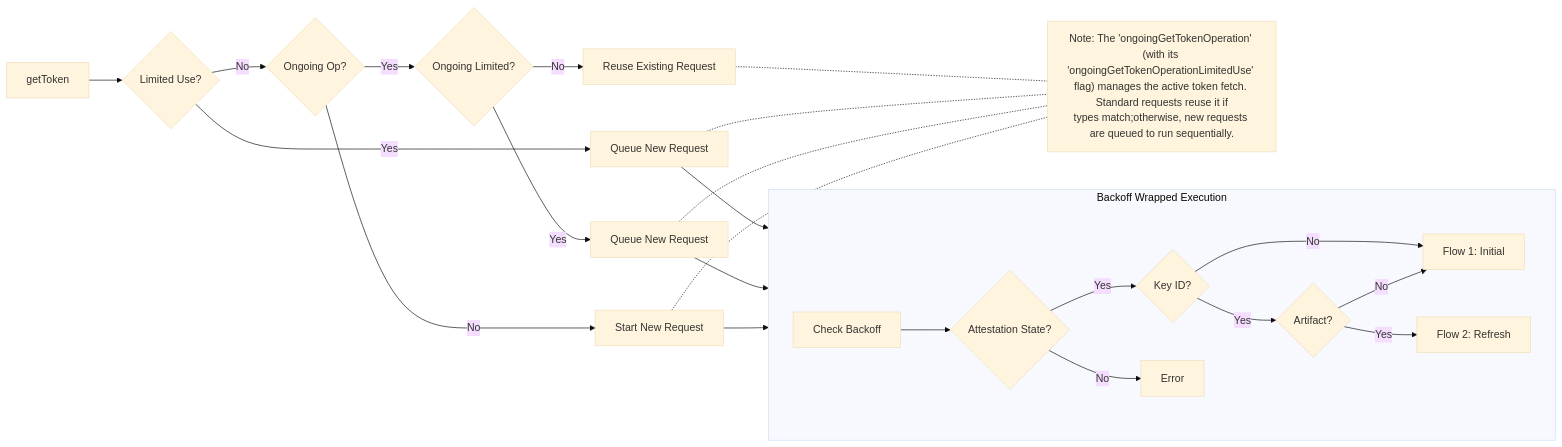
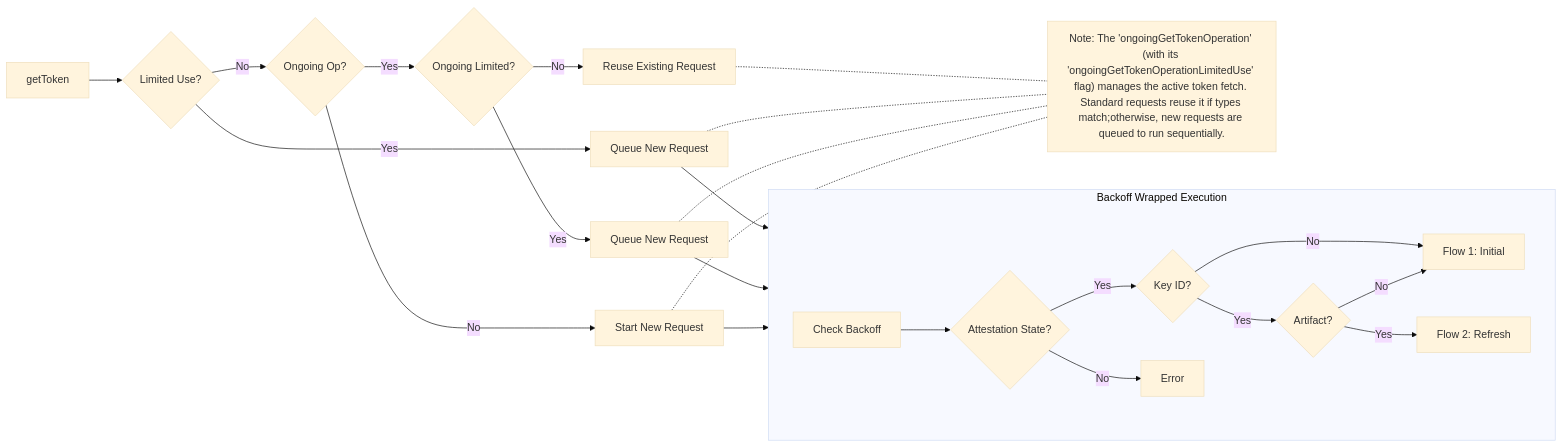
One commit to google/app-check changed the first of 4 diagrams in docs/providers/app-attest.md. Above: the diagram before and after it, drawn with Mermaid (base theme).

````diff
--- a/docs/providers/app-attest.md
+++ b/docs/providers/app-attest.md
@@ -31,41 +31,41 @@
 ```mermaid
 %%{init: {"flowchart": {"diagramPadding": 75}}}%%
 flowchart LR
     Start[getToken] --> CheckUse{Limited Use?}
     
     CheckUse -- Yes --> Queue1[Queue New Request]
     CheckUse -- No --> Coalesce{Ongoing Op?}
     
     Coalesce -- No --> StartNew[Start New Request]
     Coalesce -- Yes --> CheckOngoing{Ongoing Limited?}
     
     CheckOngoing -- Yes --> Queue2[Queue New Request]
     CheckOngoing -- No --> Reuse[Reuse Existing Request]
     
     subgraph Execution ["Backoff Wrapped Execution"]
         direction LR
         Backoff[Check Backoff]
         StateCheck{Attestation State?}
         
         Backoff --> StateCheck
         
         StateCheck -->|Yes| KeyCheck{Key ID?}
         
         KeyCheck -- No --> Flow1[Flow 1: Initial]
         KeyCheck -- Yes --> ArtifactCheck{Artifact?}
         
         ArtifactCheck -- No --> Flow1
         ArtifactCheck -- Yes --> Flow2[Flow 2: Refresh]
 
         StateCheck -->|No| Error[Error]
     end
 
     Queue1 --> Backoff
     Queue2 --> Backoff
     StartNew --> Backoff
 
-    Reuse -.- Footnote["Note: The 'ongoingGetTokenOperation' (with its 'ongoingGetTokenOperationLimitedUse' flag) manages the active token fetch. Standard requests reuse it if<br/>types match;otherwise, new requests are queued to run sequentially."]
+    Reuse -.- Footnote["Note: The 'ongoingGetTokenOperation' (with its 'ongoingGetTokenOperationLimitedUse' flag) manages the active token fetch. Standard requests reuse it if types match;otherwise, new requests are queued to run sequentially."]
     Queue1 -.- Footnote
     Queue2 -.- Footnote
     StartNew -.- Footnote
 ```
````
